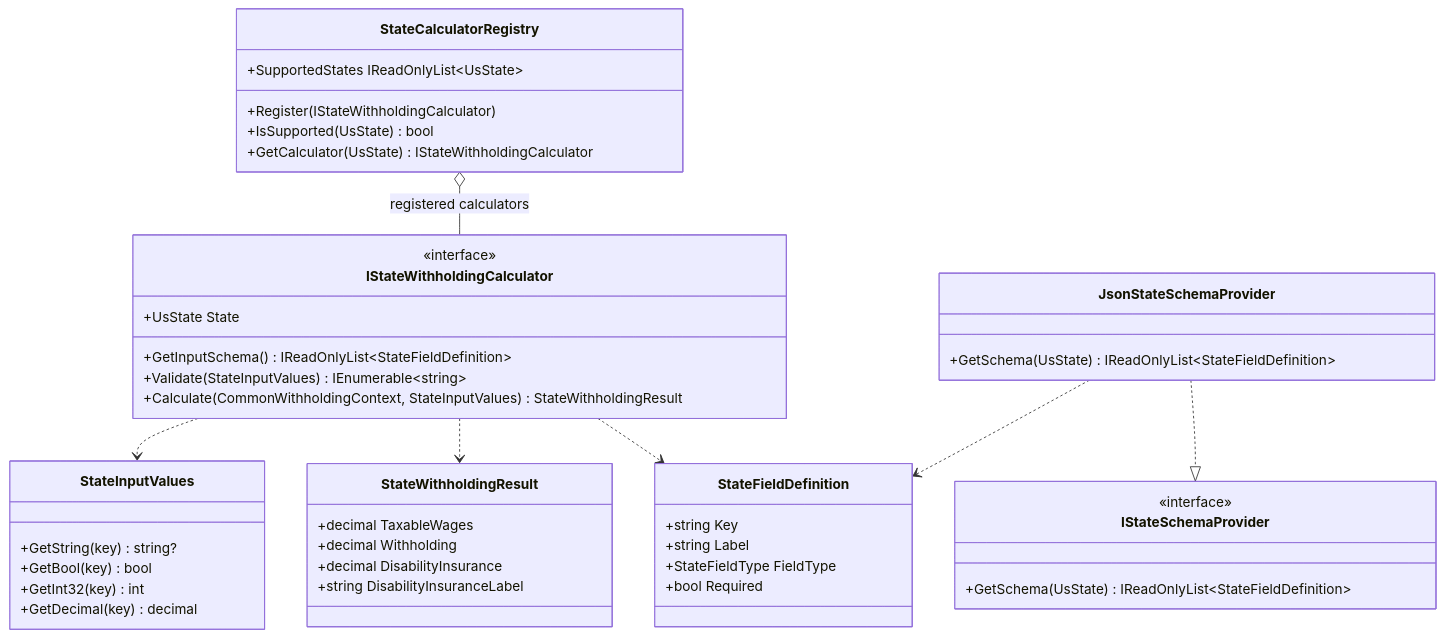
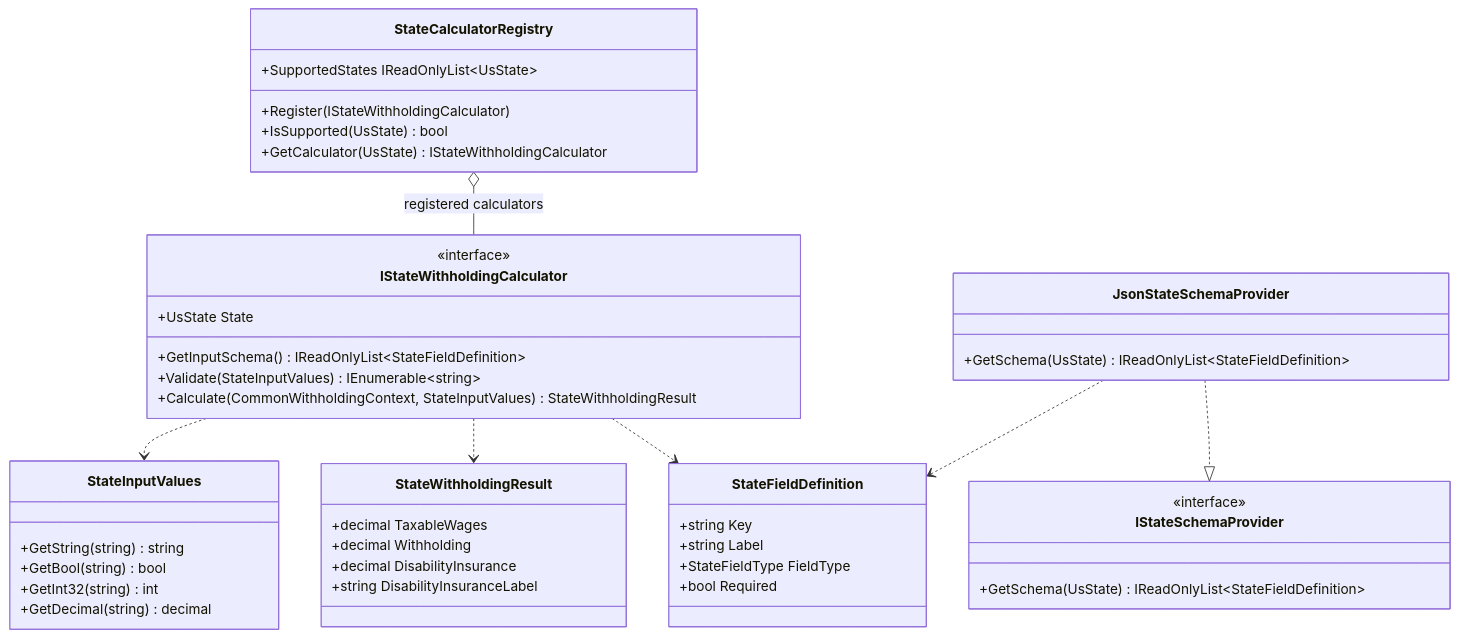
Before and after one commit to Fibonacci-0112/PaycheckCalculator: the third of 9 diagrams in docs/class-diagram.md, drawn with Mermaid. The commit also changed other lines of this file, not shown here.

Commit message:
Tighten Mermaid class diagram syntax

````diff
--- a/docs/class-diagram.md
+++ b/docs/class-diagram.md
@@ -149,56 +145,56 @@
 ```mermaid
 classDiagram
     direction TB
 
     class IStateWithholdingCalculator {
         <<interface>>
         +UsState State
         +GetInputSchema() IReadOnlyList~StateFieldDefinition~
         +Validate(StateInputValues) IEnumerable~string~
         +Calculate(CommonWithholdingContext, StateInputValues) StateWithholdingResult
     }
 
     class StateCalculatorRegistry {
         +Register(IStateWithholdingCalculator)
         +IsSupported(UsState) bool
         +GetCalculator(UsState) IStateWithholdingCalculator
         +SupportedStates IReadOnlyList~UsState~
     }
 
     class IStateSchemaProvider {
         <<interface>>
         +GetSchema(UsState) IReadOnlyList~StateFieldDefinition~
     }
 
     class JsonStateSchemaProvider {
         +GetSchema(UsState) IReadOnlyList~StateFieldDefinition~
     }
 
     class StateFieldDefinition {
         +string Key
         +string Label
         +StateFieldType FieldType
         +bool Required
     }
 
     class StateInputValues {
-        +GetString(key) string?
-        +GetBool(key) bool
-        +GetInt32(key) int
-        +GetDecimal(key) decimal
+        +GetString(string) string
+        +GetBool(string) bool
+        +GetInt32(string) int
+        +GetDecimal(string) decimal
     }
 
     class StateWithholdingResult {
         +decimal TaxableWages
         +decimal Withholding
         +decimal DisabilityInsurance
         +string DisabilityInsuranceLabel
     }
 
     StateCalculatorRegistry o-- IStateWithholdingCalculator : registered calculators
     IStateWithholdingCalculator ..> StateInputValues
     IStateWithholdingCalculator ..> StateWithholdingResult
     IStateWithholdingCalculator ..> StateFieldDefinition
     JsonStateSchemaProvider ..|> IStateSchemaProvider
     JsonStateSchemaProvider ..> StateFieldDefinition
 ```
````
